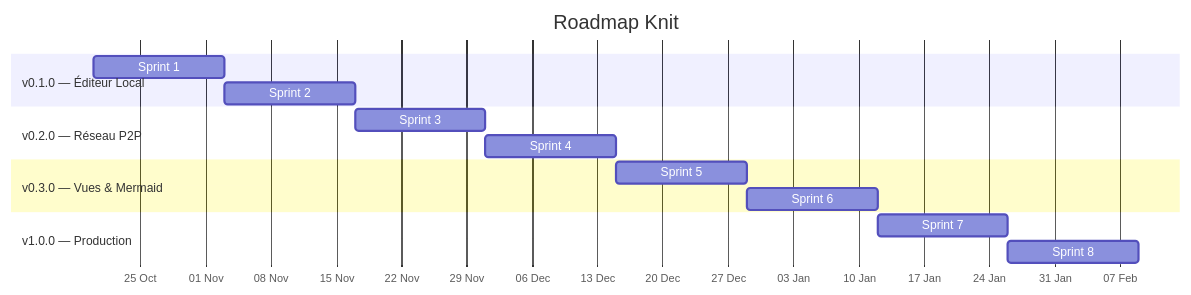
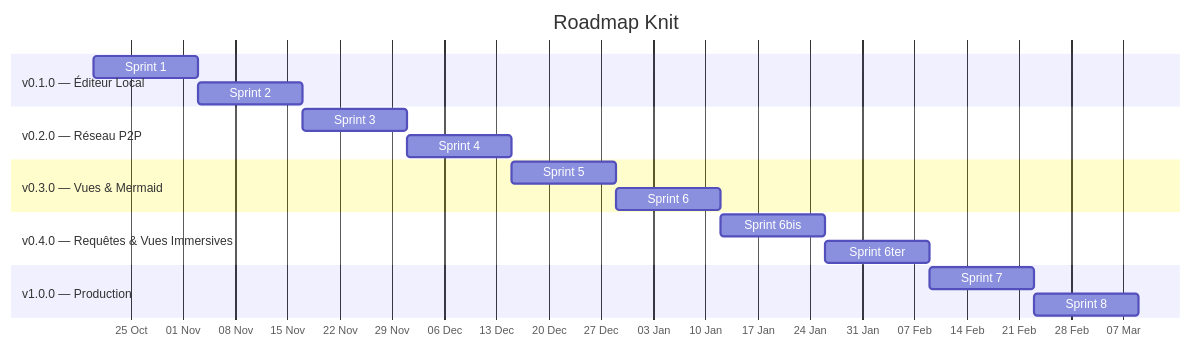
One commit to Domaine-Tech/knit changed the diagram in versions/VERSIONING.md. Above: the diagram before and after it, drawn with Mermaid. The commit also changed other lines of this file and 97 other files, not shown here.

````diff
--- a/versions/VERSIONING.md
+++ b/versions/VERSIONING.md
@@ -159,22 +211,26 @@
 ```mermaid
 gantt
     title Roadmap Knit
     dateFormat YYYY-MM-DD
     axisFormat %d %b
 
     section v0.1.0 — Éditeur Local
     Sprint 1 : s1, 2026-10-20, 14d
     Sprint 2 : s2, after s1, 14d
 
     section v0.2.0 — Réseau P2P
     Sprint 3 : s3, after s2, 14d
     Sprint 4 : s4, after s3, 14d
 
     section v0.3.0 — Vues & Mermaid
     Sprint 5 : s5, after s4, 14d
     Sprint 6 : s6, after s5, 14d
 
+    section v0.4.0 — Requêtes & Vues Immersives
+    Sprint 6bis : s6b, after s6, 14d
+    Sprint 6ter : s6t, after s6b, 14d
+
     section v1.0.0 — Production
-    Sprint 7 : s7, after s6, 14d
+    Sprint 7 : s7, after s6t, 14d
     Sprint 8 : s8, after s7, 14d
 ```
````
